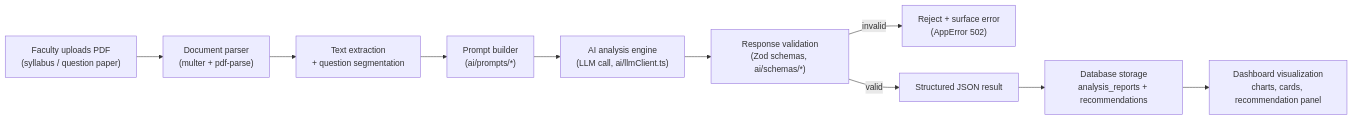
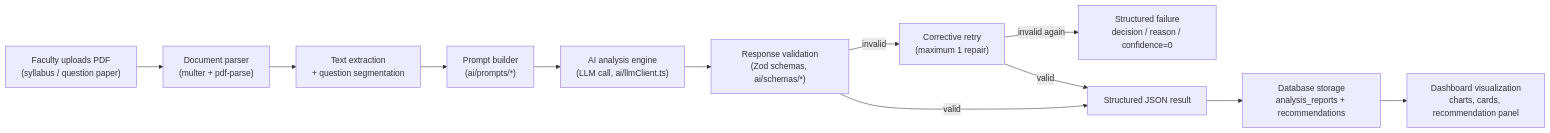
One commit to ProttoyDip/AcadIQ changed the diagram in docs/AI_PIPELINE.md. Above: the diagram before and after it, drawn with Mermaid. The commit also changed other lines of this file and 116 other files, not shown here.

````diff
--- a/docs/AI_PIPELINE.md
+++ b/docs/AI_PIPELINE.md
@@ -7,12 +7,14 @@
 ```mermaid
 flowchart LR
     A["Faculty uploads PDF<br/>(syllabus / question paper)"] --> B["Document parser<br/>(multer + pdf-parse)"]
     B --> C["Text extraction<br/>+ question segmentation"]
     C --> D["Prompt builder<br/>(ai/prompts/*)"]
     D --> E["AI analysis engine<br/>(LLM call, ai/llmClient.ts)"]
     E --> F["Response validation<br/>(Zod schemas, ai/schemas/*)"]
-    F -->|invalid| G["Reject + surface error<br/>(AppError 502)"]
+    F -->|invalid| G["Corrective retry<br/>(maximum 1 repair)"]
+    G -->|invalid again| K["Structured failure<br/>decision / reason / confidence=0"]
+    G -->|valid| H
     F -->|valid| H["Structured JSON result"]
     H --> I["Database storage<br/>analysis_reports + recommendations"]
     I --> J["Dashboard visualization<br/>charts, cards, recommendation panel"]
 ```
````
